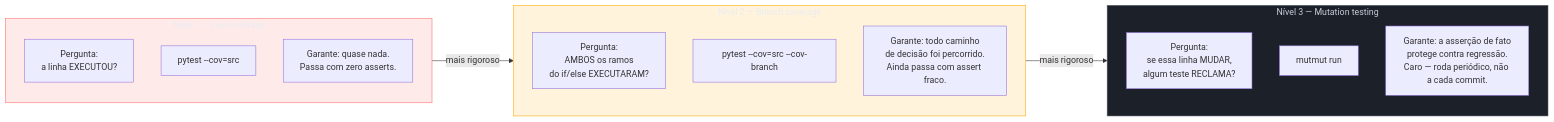
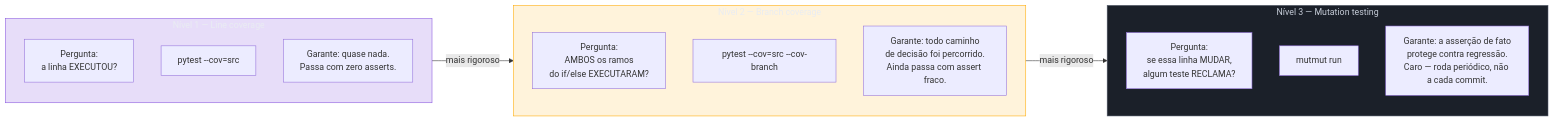
One commit to josenaldo/codex-technomanticus changed the third of 3 diagrams in 03-Dominios/Tecnologia/Python/Testes/07 - Coverage — pytest-cov e o que ele não mede.md. Above: the diagram before and after it, drawn with Mermaid. The commit also changed other lines of this file and 601 other files, not shown here.

````diff
--- a/03-Dominios/Tecnologia/Python/Testes/07 - Coverage — pytest-cov e o que ele não mede.md
+++ b/03-Dominios/Tecnologia/Python/Testes/07 - Coverage — pytest-cov e o que ele não mede.md
@@ -255,33 +255,33 @@
 ```mermaid
 flowchart LR
-    classDef falha fill:#FF6B6B24,stroke:#FF6B6B,color:#E9ECF2
+    classDef marca fill:#8855DF33,stroke:#8855DF,color:#E9ECF2
     classDef destaque fill:#FFAA0024,stroke:#FFAA00,color:#E9ECF2
     classDef neutro fill:#1B2029,stroke:#4E5666,color:#C6CCD8
     subgraph L1["Nível 1 — Line coverage"]
         direction TB
         A1["Pergunta:<br/>a linha EXECUTOU?"]
         A2["pytest --cov=src"]
         A3["Garante: quase nada.<br/>Passa com zero asserts."]
     end
 
     subgraph L2["Nível 2 — Branch coverage"]
         direction TB
         B1["Pergunta:<br/>AMBOS os ramos<br/>do if/else EXECUTARAM?"]
         B2["pytest --cov=src --cov-branch"]
         B3["Garante: todo caminho<br/>de decisão foi percorrido.<br/>Ainda passa com assert fraco."]
     end
 
     subgraph L3["Nível 3 — Mutation testing"]
         direction TB
         C1["Pergunta:<br/>se essa linha MUDAR,<br/>algum teste RECLAMA?"]
         C2["mutmut run"]
         C3["Garante: a asserção de fato<br/>protege contra regressão.<br/>Caro — roda periódico, não a cada commit."]
     end
 
     L1 -->|"mais rigoroso"| L2
     L2 -->|"mais rigoroso"| L3
 
-    class L1 falha
+    class L1 marca
     class L2 destaque
     class L3 neutro
 ```
````
